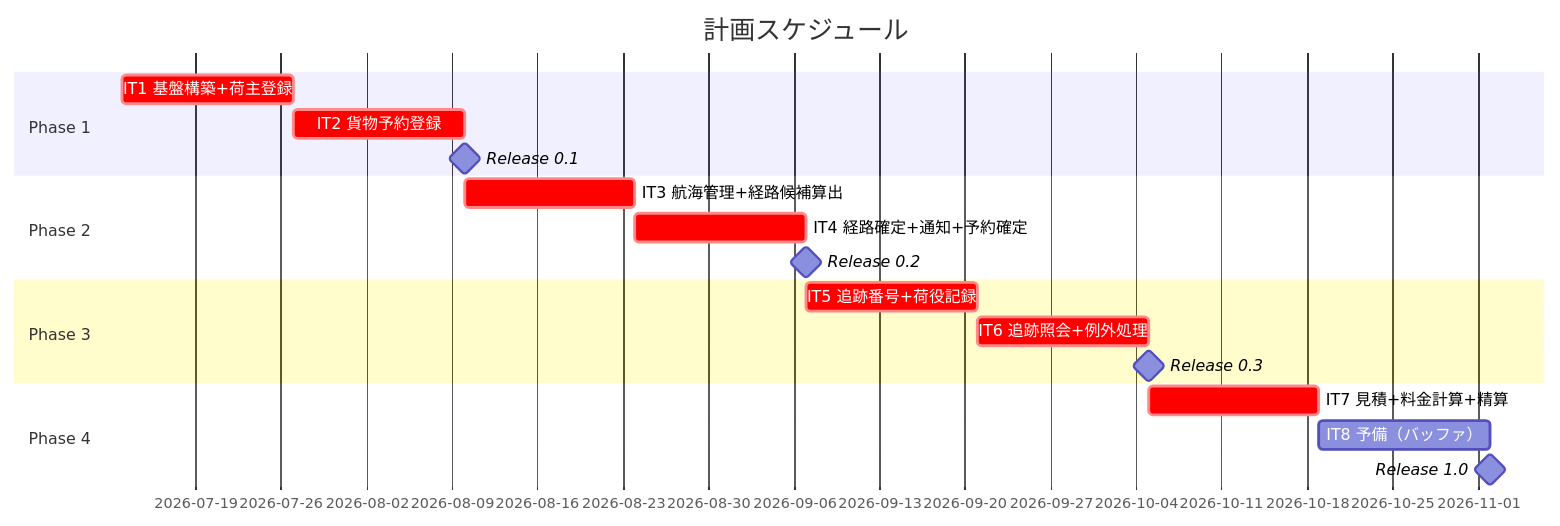
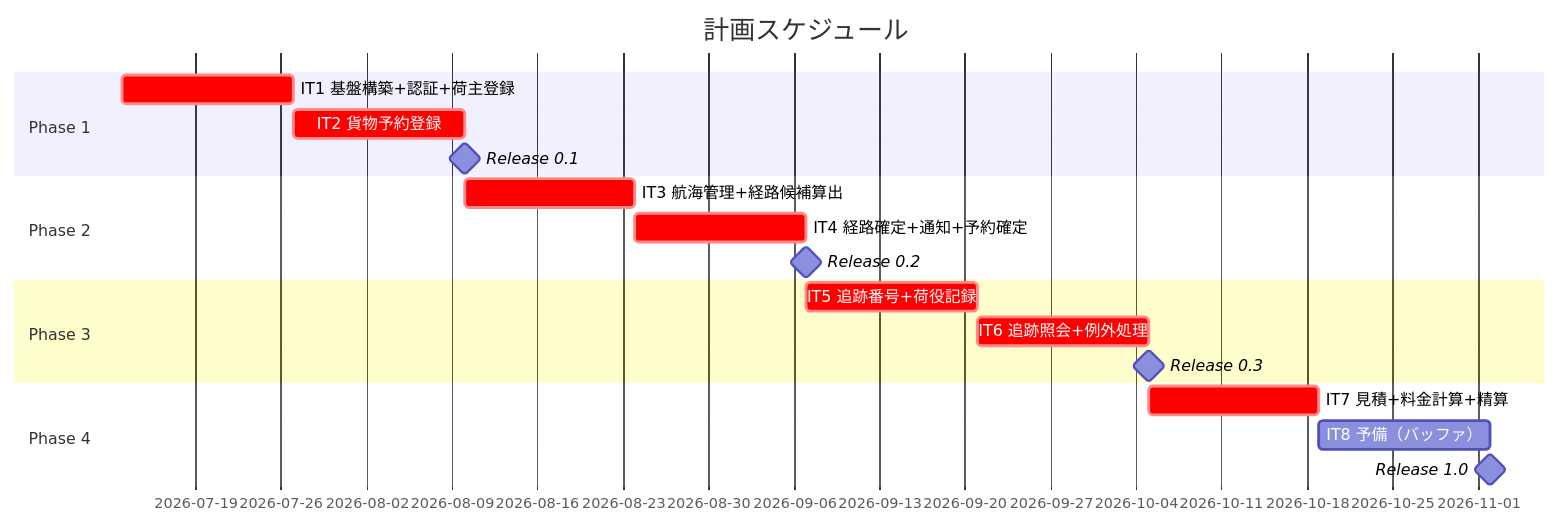
Before and after one commit to k2works/case-study-cargo-tracker: the first of 2 diagrams in docs/development/release_plan.md, drawn with Mermaid. The commit also changed other lines of this file, not shown here.

````diff
--- a/docs/development/release_plan.md
+++ b/docs/development/release_plan.md
@@ -153,21 +156,21 @@
 ```mermaid
 gantt
     title 計画スケジュール
     dateFormat  YYYY-MM-DD
     section Phase 1
-    IT1 基盤構築+荷主登録        :crit, p1-1, 2026-07-13, 14d
+    IT1 基盤構築+認証+荷主登録   :crit, p1-1, 2026-07-13, 14d
     IT2 貨物予約登録             :crit, p1-2, after p1-1, 14d
     Release 0.1                  :milestone, m1, after p1-2, 0d
     section Phase 2
     IT3 航海管理+経路候補算出    :crit, p2-1, after p1-2, 14d
     IT4 経路確定+通知+予約確定   :crit, p2-2, after p2-1, 14d
     Release 0.2                  :milestone, m2, after p2-2, 0d
     section Phase 3
     IT5 追跡番号+荷役記録        :crit, p3-1, after p2-2, 14d
     IT6 追跡照会+例外処理        :crit, p3-2, after p3-1, 14d
     Release 0.3                  :milestone, m3, after p3-2, 0d
     section Phase 4
     IT7 見積+料金計算+精算       :crit, p4-1, after p3-2, 14d
     IT8 予備（バッファ）         :p4-2, after p4-1, 14d
     Release 1.0                  :milestone, m4, after p4-2, 0d
 ```
````
